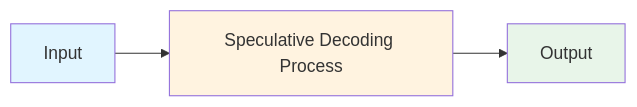
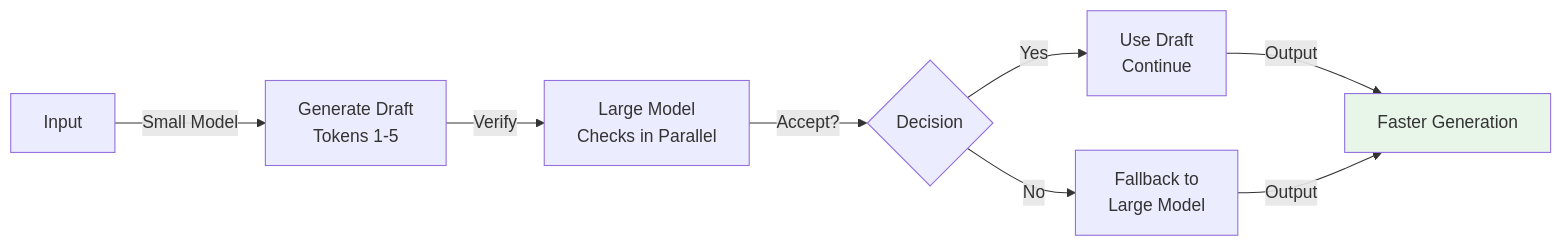
Before and after one commit to souradeepta/interviewprep-ai: the first of 2 diagrams in llm/concepts/speculative-decoding.md, drawn with Mermaid. The commit also changed other lines of this file and 33 other files, not shown here.

````diff
--- a/llm/concepts/speculative-decoding.md
+++ b/llm/concepts/speculative-decoding.md
@@ -109,9 +109,11 @@
 ```mermaid
 graph LR
-    A["Input"] --> B["Speculative Decoding Process"]
-    B --> C["Output"]
-
-    style A fill:#e1f5ff
-    style B fill:#fff3e0
-    style C fill:#e8f5e9
+    A["Input"] -->|Small Model| B["Generate Draft<br/>Tokens 1-5"]
+    B -->|Verify| C["Large Model<br/>Checks in Parallel"]
+    C -->|Accept?| D{Decision}
+    D -->|Yes| E["Use Draft<br/>Continue"]
+    D -->|No| F["Fallback to<br/>Large Model"]
+    E -->|Output| G["Faster Generation"]
+    F -->|Output| G
+    style G fill:#e8f5e9
 ```
````
